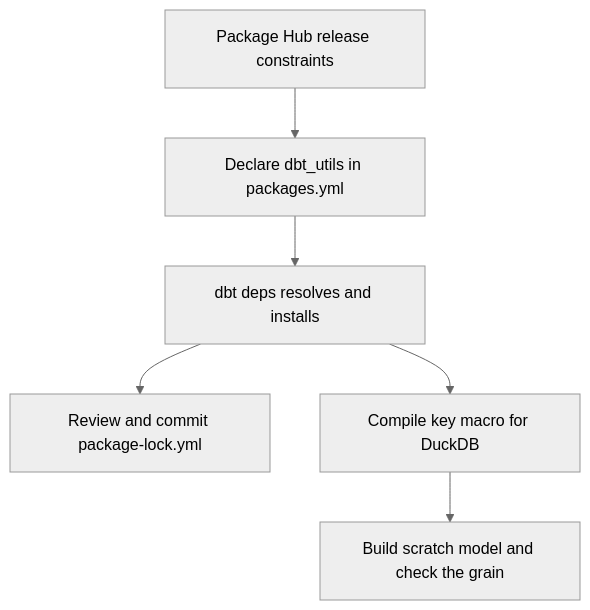
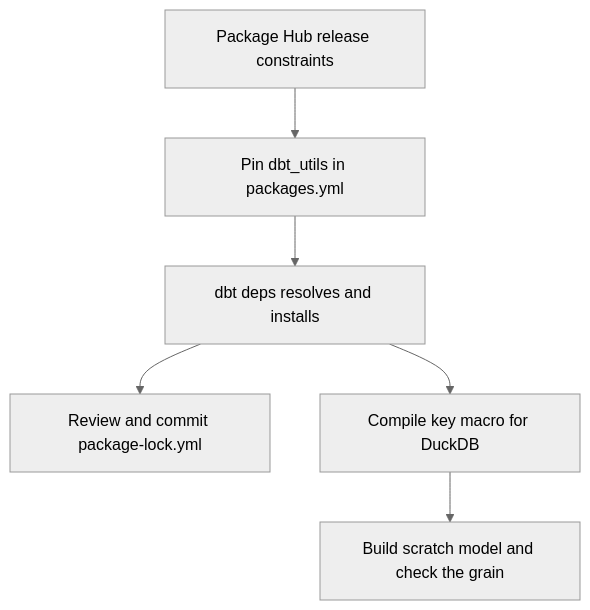
One commit to Rohit1024/dbt-learn changed the diagram in docs/lessons/0031-package-hub-dbt-deps-and-dbt-utils.md. Above: the diagram before and after it, drawn with Mermaid (neutral theme). The commit also changed other lines of this file and 44 other files, not shown here.

````diff
--- a/docs/lessons/0031-package-hub-dbt-deps-and-dbt-utils.md
+++ b/docs/lessons/0031-package-hub-dbt-deps-and-dbt-utils.md
@@ -11,8 +24,8 @@
 ```mermaid
 flowchart TD
-    Hub["Package Hub release constraints"] --> Pin["Declare dbt_utils in packages.yml"]
+    Hub["Package Hub release constraints"] --> Pin["Pin dbt_utils in packages.yml"]
     Pin --> Deps["dbt deps resolves and installs"]
     Deps --> Lock["Review and commit package-lock.yml"]
     Deps --> Macro["Compile key macro for DuckDB"]
     Macro --> Build["Build scratch model and check the grain"]
 ```
````
